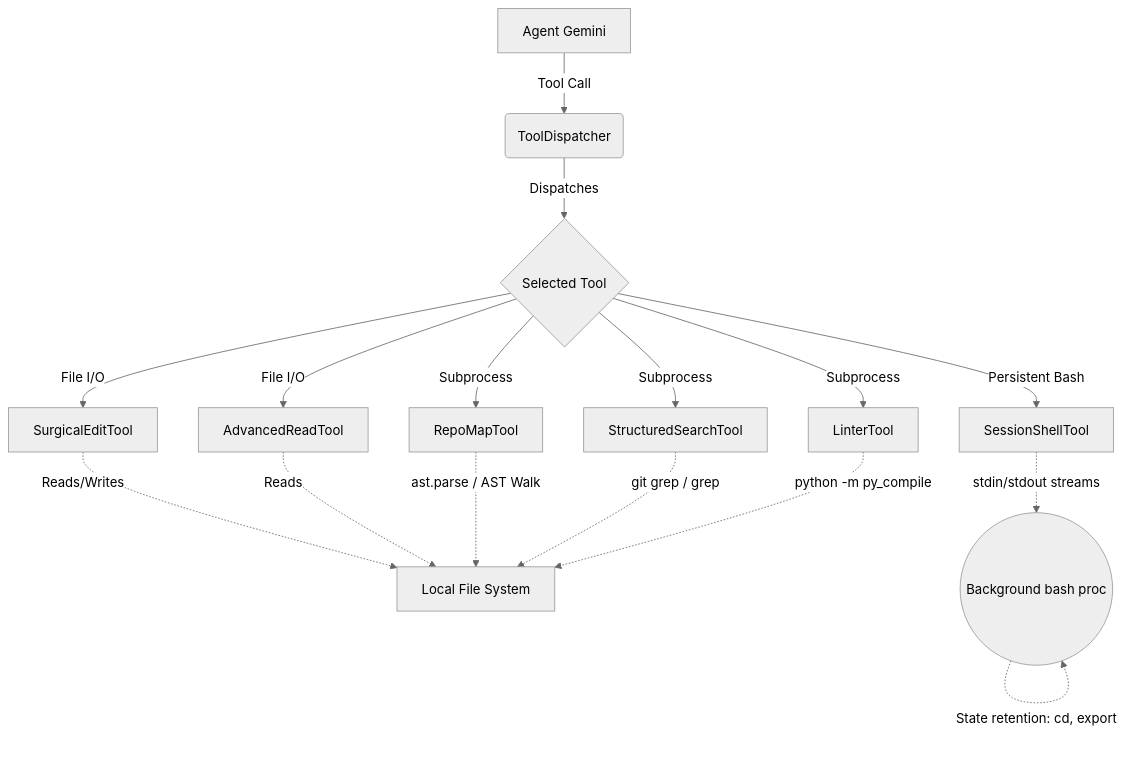
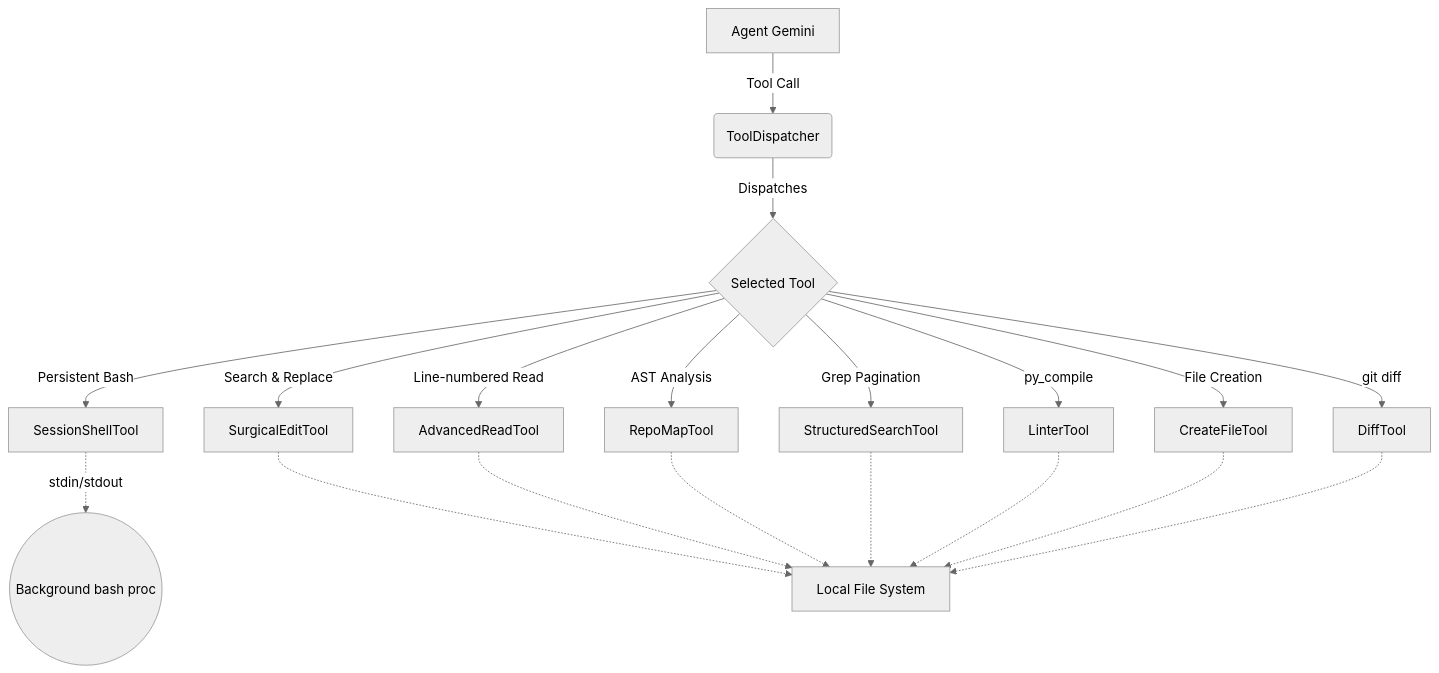
The diagram in docs/draft_pt11.md (qzyu999/ContainerClaw), drawn with Mermaid (neutral theme) before and after one commit. The commit also changed other lines of this file and 7 other files, not shown here.

````diff
--- a/docs/draft_pt11.md
+++ b/docs/draft_pt11.md
@@ -22,21 +25,24 @@
 ```mermaid
 graph TD
     A[Agent Gemini] --> |"Tool Call"| B(ToolDispatcher)
     B --> |"Dispatches"| C{Selected Tool}
     
-    C --> |"File I/O"| D[SurgicalEditTool]
-    C --> |"File I/O"| E[AdvancedReadTool]
-    C --> |"Subprocess"| F[RepoMapTool]
-    C --> |"Subprocess"| G[StructuredSearchTool]
-    C --> |"Subprocess"| H[LinterTool]
     C --> |"Persistent Bash"| I[SessionShellTool]
+    C --> |"Line-numbered Read"| E[AdvancedReadTool]
+    C --> |"Search & Replace"| D[SurgicalEditTool]
+    C --> |"File Creation"| L[CreateFileTool]
+    C --> |"AST Analysis"| F[RepoMapTool]
+    C --> |"Grep Pagination"| G[StructuredSearchTool]
+    C --> |"py_compile"| H[LinterTool]
+    C --> |"git diff"| M[DiffTool]
     
-    D -.-> |"Reads/Writes"| J[Local File System]
-    E -.-> |"Reads"| J
-    F -.-> |"ast.parse / AST Walk"| J
-    G -.-> |"git grep / grep"| J
-    H -.-> |"python -m py_compile"| J
+    D -.-> J[Local File System]
+    E -.-> J
+    F -.-> J
+    G -.-> J
+    H -.-> J
+    L -.-> J
+    M -.-> J
     
-    I -.-> |"stdin/stdout streams"| K((Background bash proc))
-    K -.-> |"State retention: cd, export"| K
+    I -.-> |"stdin/stdout"| K((Background bash proc))
 ```
````
